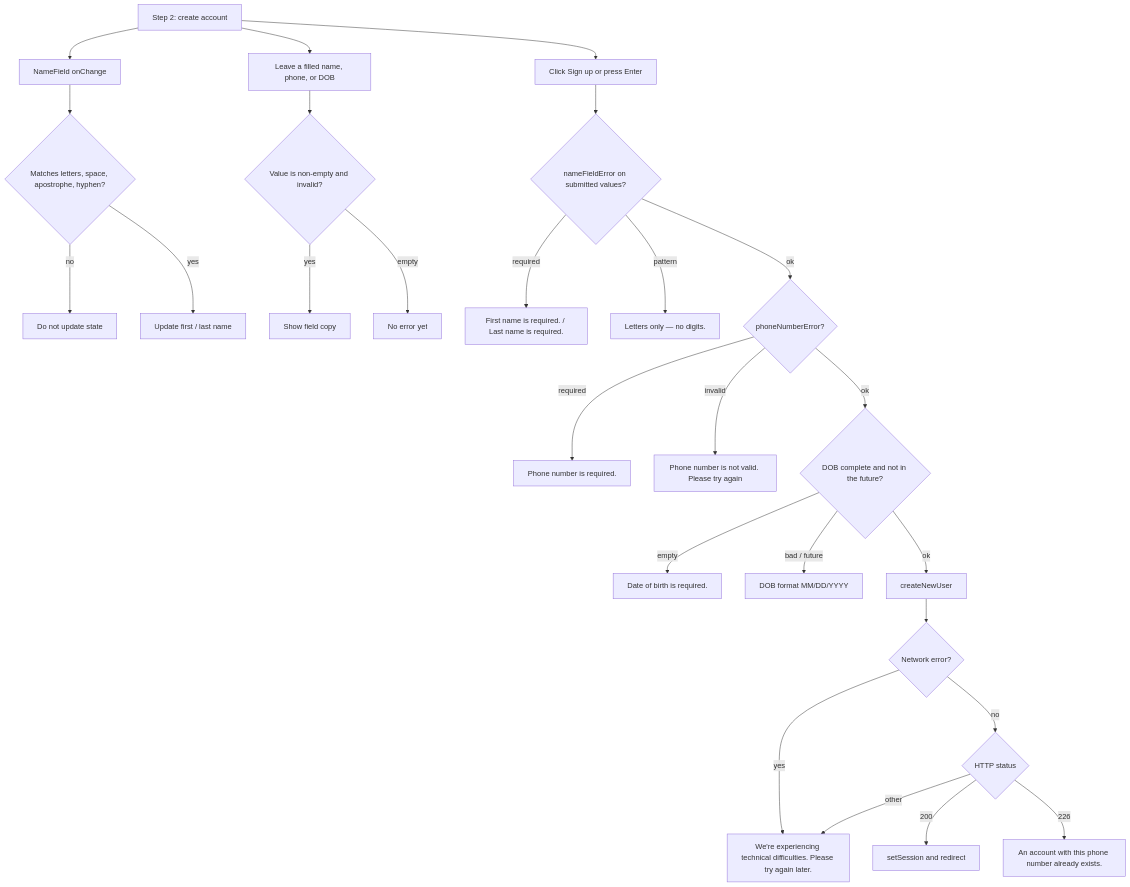
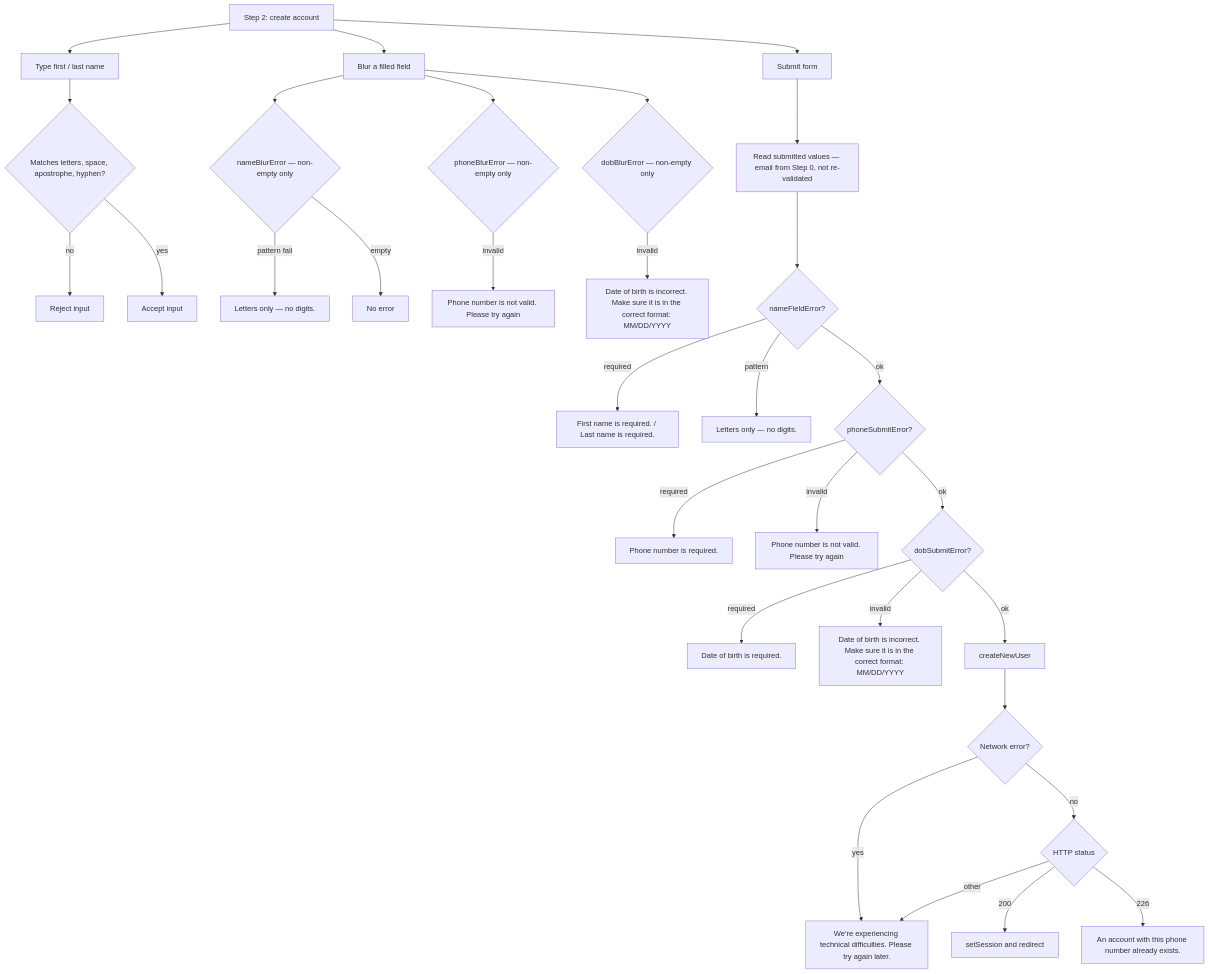
The diagram in docs/create-account-validations.mmd (CRE8Interactions/frontend-buyer-app), drawn with Mermaid before and after one commit. The commit also changed 22 other files, not shown here.

```diff
--- a/docs/create-account-validations.mmd
+++ b/docs/create-account-validations.mmd
@@ -1,36 +1,49 @@
 %% Step 2: create account
-%% Source: app/login/page.tsx and lib/fieldValidation.ts
-%% Email is shown disabled (from Step 0) and is not validated on this form
+%% Source: app/login/page.tsx, lib/fieldValidation.ts
+%% Email: disabled — set in Step 0, not validated on this form
+%% First / last name required: First name is required. / Last name is required.
+%% Name pattern: Letters only — no digits.
+%% Phone required: Phone number is required.
+%% Phone invalid: Phone number is not valid. Please try again
+%% Phone exists: An account with this phone number already exists.
+%% DOB required: Date of birth is required.
+%% DOB invalid: Date of birth is incorrect. Make sure it is in the correct format: MM/DD/YYYY
 %% Network: We're experiencing technical difficulties. Please try again later.
 
 flowchart TD
-  profileStep[Step 2: create account] --> liveNames[NameField onChange]
+  profileStep[Step 2: create account] --> liveNames[Type first / last name]
   liveNames --> nameFilter{Matches letters, space, apostrophe, hyphen?}
-  nameFilter -->|no| ignoreKey[Do not update state]
-  nameFilter -->|yes| namesOk[Update first / last name]
+  nameFilter -->|no| ignoreKey[Reject input]
+  nameFilter -->|yes| namesOk[Accept input]
 
-  profileStep --> blurHint[Leave a filled name, phone, or DOB]
-  blurHint --> blurCheck{Value is non-empty and invalid?}
-  blurCheck -->|yes| showHint[Show field copy]
-  blurCheck -->|empty| stayQuiet[No error yet]
+  profileStep --> blurHint[Blur a filled field]
+  blurHint --> nameBlur{nameBlurError — non-empty only}
+  nameBlur -->|pattern fail| namePatBlur[Letters only — no digits.]
+  nameBlur -->|empty| stayQuiet[No error]
+  blurHint --> phoneBlur{phoneBlurError — non-empty only}
+  phoneBlur -->|invalid| phoneBadBlur[Phone number is not valid. Please try again]
+  blurHint --> dobBlur{dobBlurError — non-empty only}
+  dobBlur -->|invalid| dobBadBlur["Date of birth is incorrect. Make sure it is in the correct format: MM/DD/YYYY"]
 
-  profileStep --> submit[Click Sign up or press Enter]
-  submit --> checkNames{nameFieldError on submitted values?}
+  profileStep --> submit[Submit form]
+  submit --> readDom[Read submitted values — email from Step 0, not re-validated]
+  readDom --> checkNames{nameFieldError?}
+
   checkNames -->|required| nameReq[First name is required. / Last name is required.]
   checkNames -->|pattern| namePat[Letters only — no digits.]
-  checkNames -->|ok| checkPhone{phoneNumberError?}
+  checkNames -->|ok| checkPhone{phoneSubmitError?}
 
   checkPhone -->|required| phoneReq[Phone number is required.]
   checkPhone -->|invalid| phoneBad[Phone number is not valid. Please try again]
-  checkPhone -->|ok| checkDob{DOB complete and not in the future?}
+  checkPhone -->|ok| checkDob{dobSubmitError?}
 
-  checkDob -->|empty| dobReq[Date of birth is required.]
-  checkDob -->|bad / future| dobBad[DOB format MM/DD/YYYY]
+  checkDob -->|required| dobReq[Date of birth is required.]
+  checkDob -->|invalid| dobBad["Date of birth is incorrect. Make sure it is in the correct format: MM/DD/YYYY"]
   checkDob -->|ok| createUser[createNewUser]
 
   createUser --> createNet{Network error?}
   createNet -->|yes| network["We're experiencing technical difficulties. Please try again later."]
   createNet -->|no| createStatus{HTTP status}
   createStatus -->|200| sessionOk[setSession and redirect]
   createStatus -->|226| phoneExists[An account with this phone number already exists.]
   createStatus -->|other| network
```
